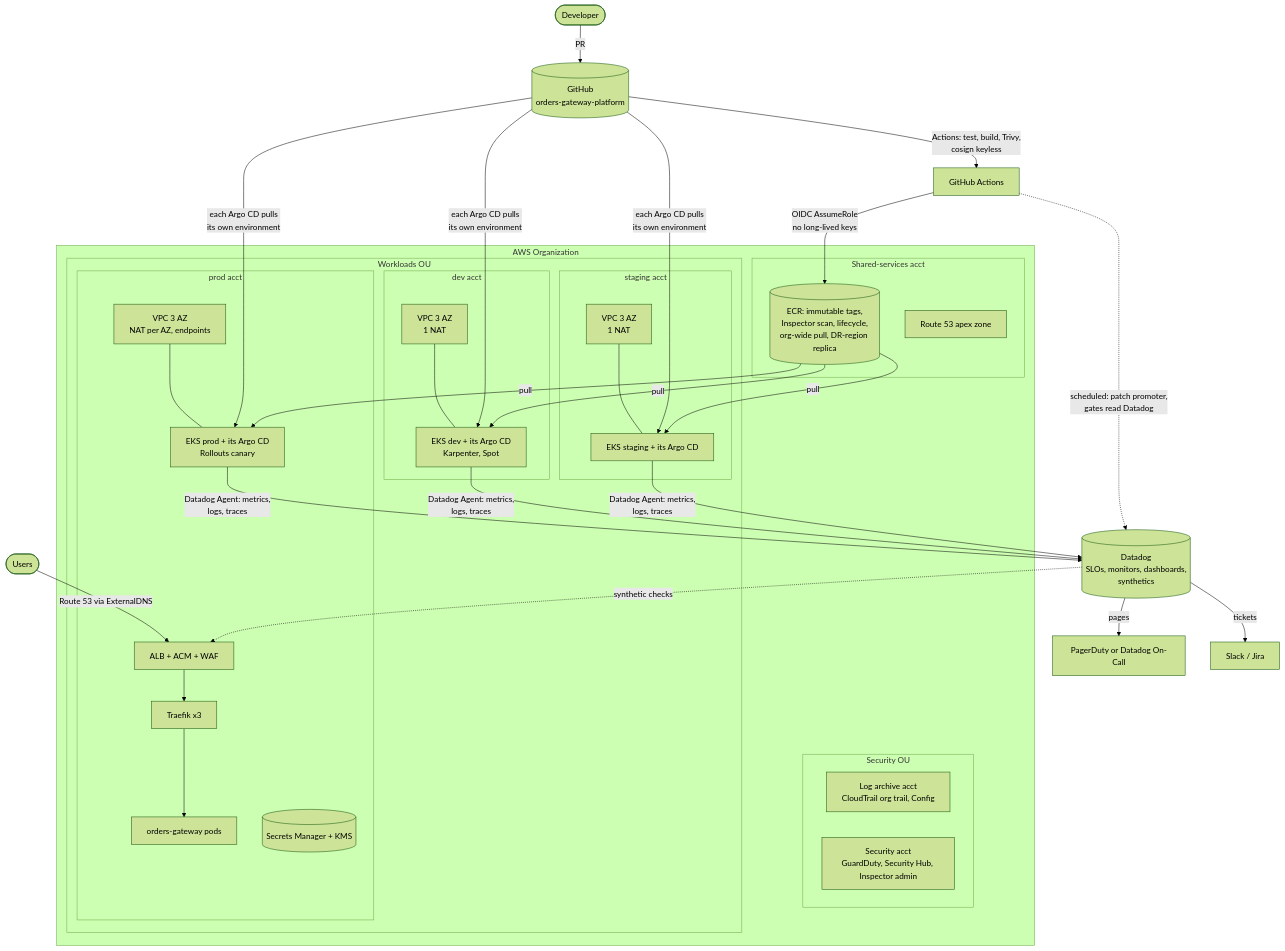
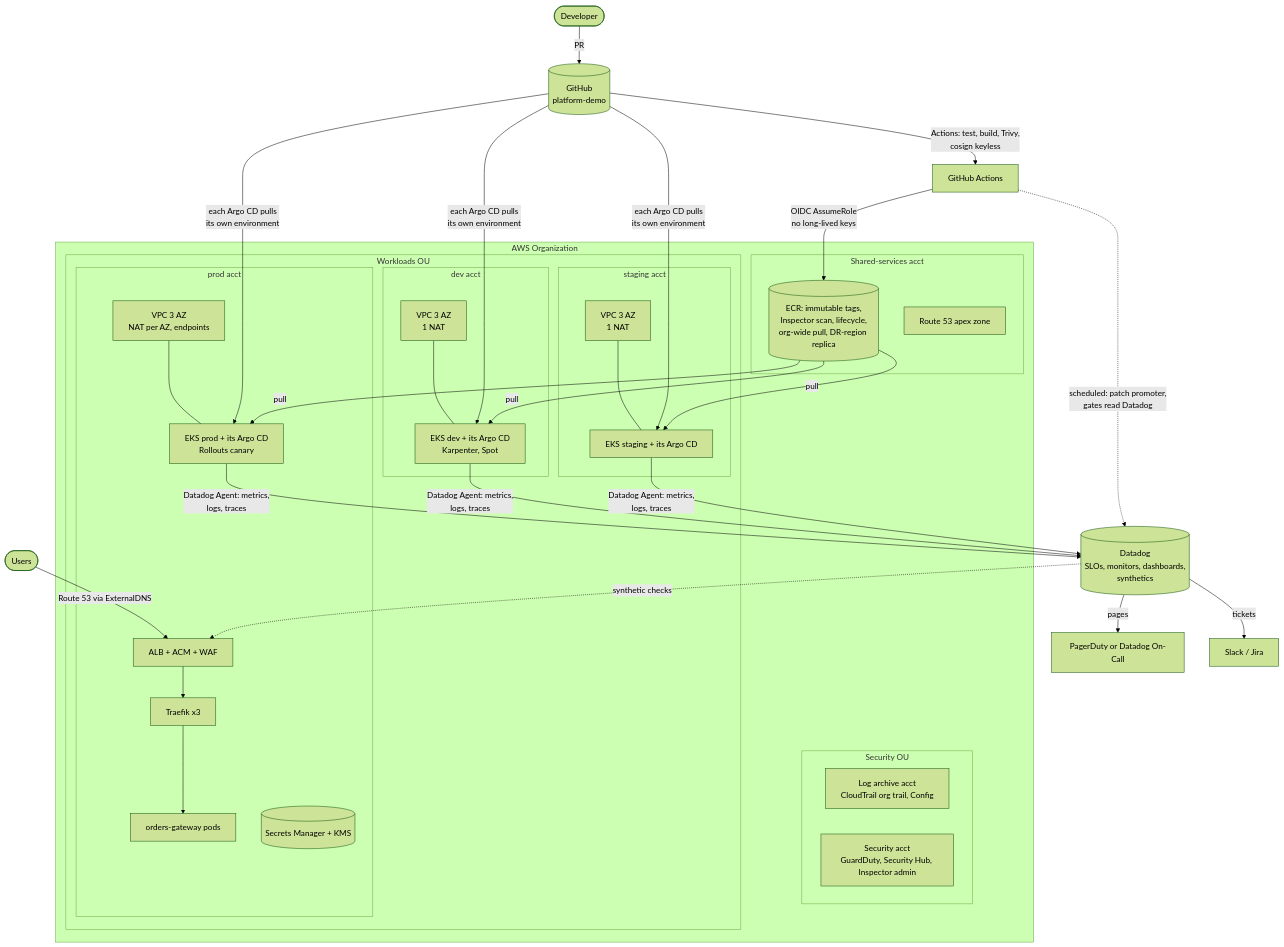
One commit to iantest11111989/orders-gateway-platform changed the diagram in docs/production-on-aws.md. Above: the diagram before and after it, drawn with Mermaid (forest theme). The commit also changed other lines of this file and 57 other files, not shown here.

First line of the commit message:
Name everything platform-demo: the repo, the cluster, the platform

````diff
--- a/docs/production-on-aws.md
+++ b/docs/production-on-aws.md
@@ -17,39 +17,39 @@
 ```mermaid
 flowchart TB
-  dev([Developer]) -->|PR| gh[(GitHub<br/>orders-gateway-platform)]
+  dev([Developer]) -->|PR| gh[(GitHub<br/>platform-demo)]
   gh -->|Actions: test, build, Trivy,<br/>cosign keyless| ci[GitHub Actions]
   ci -->|OIDC AssumeRole<br/>no long-lived keys| ecr
 
   subgraph org [AWS Organization]
     subgraph sec [Security OU]
       logarch[Log archive acct<br/>CloudTrail org trail, Config]
       secacct[Security acct<br/>GuardDuty, Security Hub, Inspector admin]
     end
     subgraph shared [Shared-services acct]
       ecr[(ECR: immutable tags,<br/>Inspector scan, lifecycle,<br/>org-wide pull, DR-region replica)]
       r53root[Route 53 apex zone]
     end
     subgraph wl [Workloads OU]
       subgraph devacct [dev acct]
         devvpc[VPC 3 AZ<br/>1 NAT] --- deveks[EKS dev + its Argo CD<br/>Karpenter, Spot]
       end
       subgraph stgacct [staging acct]
         stgvpc[VPC 3 AZ<br/>1 NAT] --- stgeks[EKS staging + its Argo CD]
       end
       subgraph prodacct [prod acct]
         prodvpc[VPC 3 AZ<br/>NAT per AZ, endpoints] --- prodeks[EKS prod + its Argo CD<br/>Rollouts canary]
         alb[ALB + ACM + WAF] --> traefik[Traefik x3] --> app[orders-gateway pods]
         sm[(Secrets Manager + KMS)]
       end
     end
   end
 
   gh -->|each Argo CD pulls<br/>its own environment| deveks & stgeks & prodeks
   ci -.->|scheduled: patch promoter,<br/>gates read Datadog| dd
   users([Users]) -->|Route 53 via ExternalDNS| alb
   deveks & stgeks & prodeks -->|Datadog Agent: metrics,<br/>logs, traces| dd[(Datadog<br/>SLOs, monitors, dashboards,<br/>synthetics)]
   dd -->|pages| pd[PagerDuty or Datadog On-Call]
   dd -->|tickets| chat[Slack / Jira]
   dd -.->|synthetic checks| alb
   ecr -->|pull| deveks & stgeks & prodeks
 ```
````
